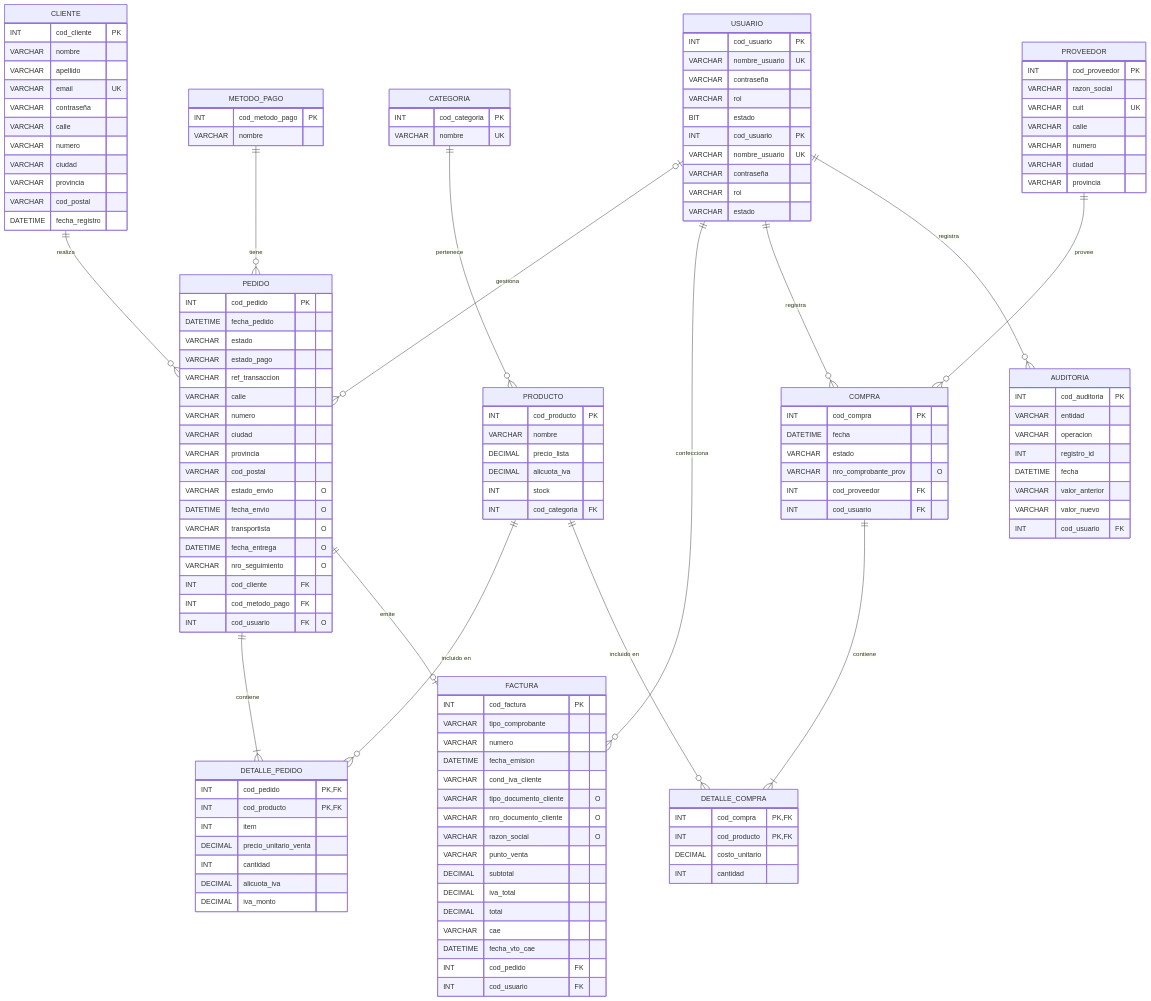
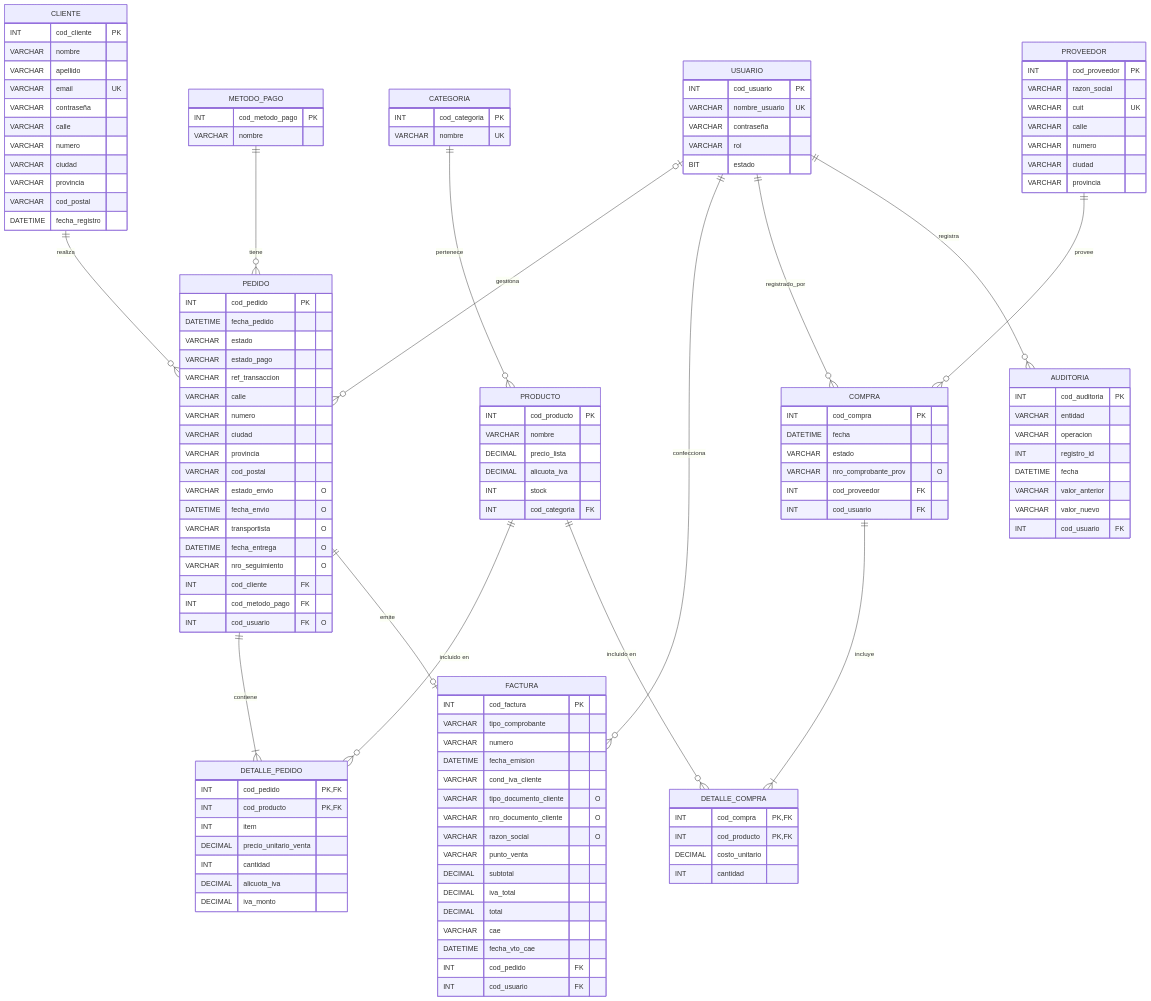
The diagram in docs/etapa-02/modelo-relacional.md (MercedesSilFer/proyecto-bd1-equipo_37), drawn with Mermaid before and after one commit. The commit also changed other lines of this file, not shown here.

````diff
--- a/docs/etapa-02/modelo-relacional.md
+++ b/docs/etapa-02/modelo-relacional.md
@@ -204,8 +218,8 @@
     PEDIDO ||--o| FACTURA : emite
     USUARIO ||--o{ FACTURA : confecciona
     PROVEEDOR ||--o{ COMPRA : provee
-    USUARIO ||--o{ COMPRA : registra
-    COMPRA ||--|{ DETALLE_COMPRA : contiene
+    USUARIO ||--o{ COMPRA : registrado_por
+    COMPRA ||--|{ DETALLE_COMPRA : incluye
     PRODUCTO ||--o{ DETALLE_COMPRA : "incluido en"
     USUARIO ||--o{ AUDITORIA : registra
 
@@ -337,12 +351,4 @@
         VARCHAR valor_nuevo
         INT cod_usuario FK
     }
-
-    USUARIO {
-        INT cod_usuario PK
-        VARCHAR nombre_usuario UK
-        VARCHAR contraseña
-        VARCHAR rol
-        VARCHAR estado
-    }
 ```
````
